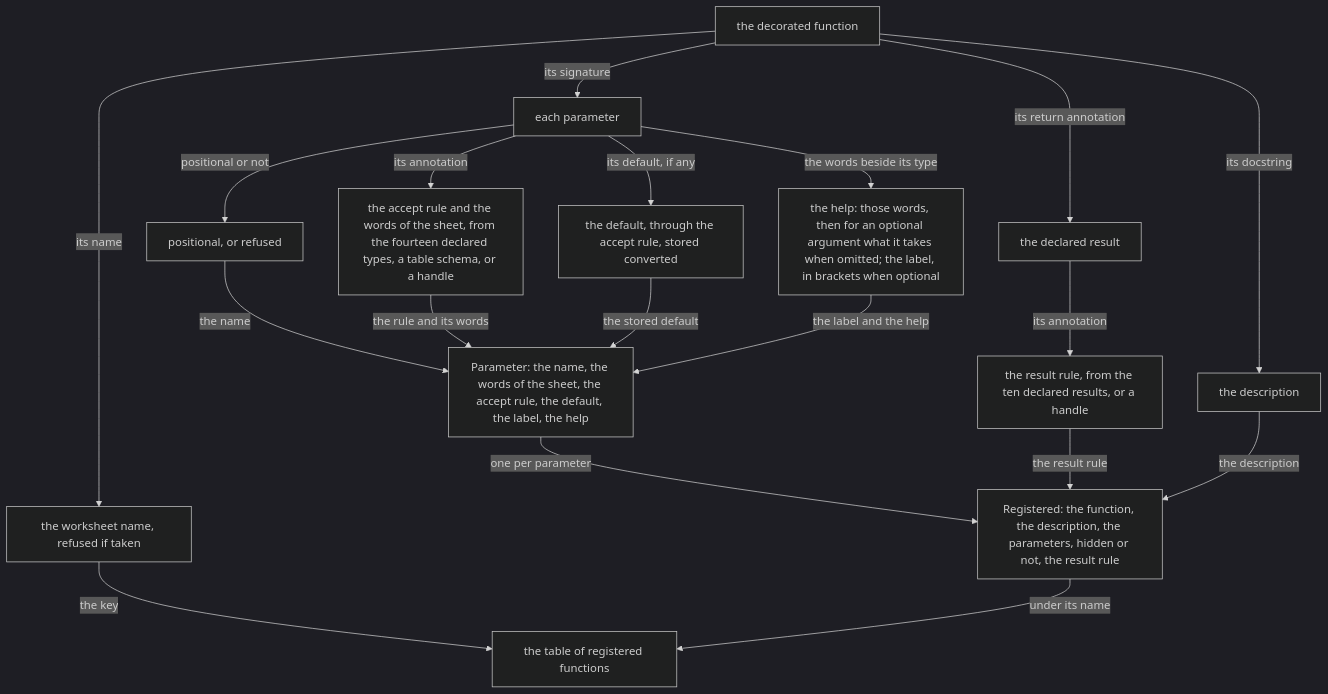
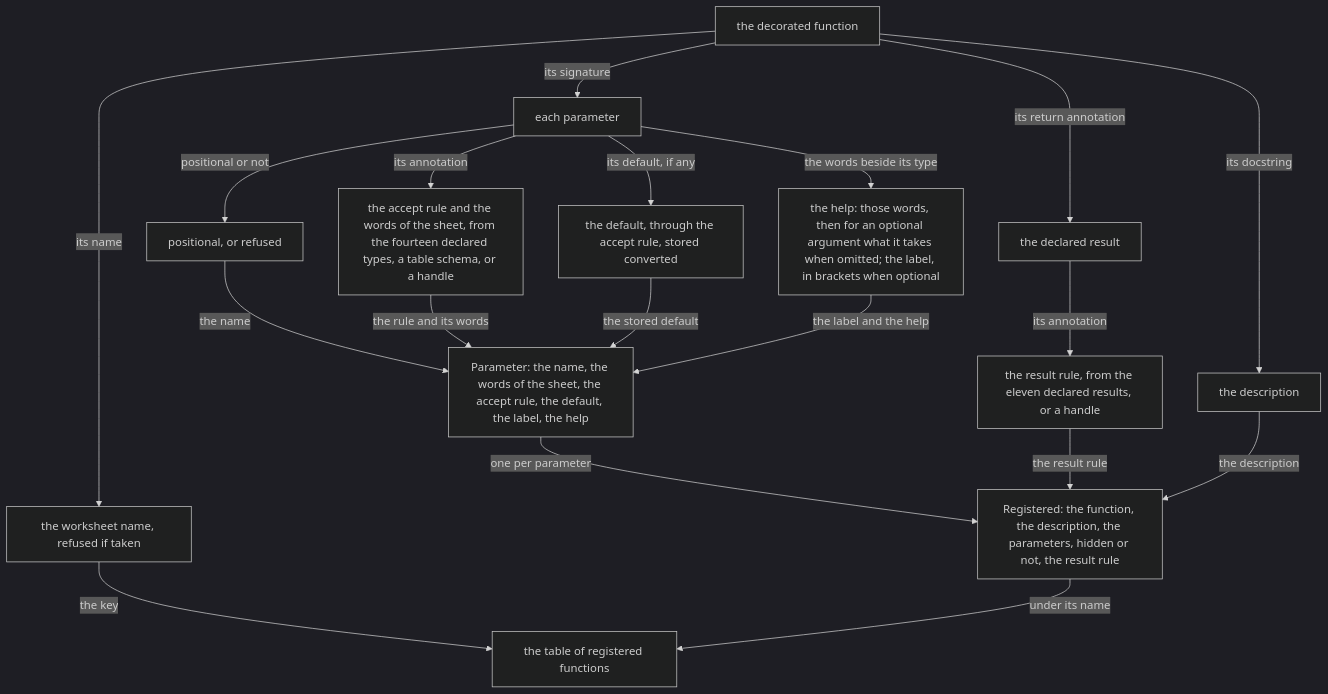
The first of 3 diagrams in docs/seam/bridge.md (gobbles404/catalyst), drawn with Mermaid (dark theme) before and after one commit. The commit also changed other lines of this file and 23 other files, not shown here.

````diff
--- a/docs/seam/bridge.md
+++ b/docs/seam/bridge.md
@@ -58,21 +58,21 @@
 ```mermaid
 flowchart TD
   Fn["the decorated function"] -->|"its name"| Name["the worksheet name, refused if taken"]
   Fn -->|"its signature"| Param["each parameter"]
   Fn -->|"its return annotation"| Result["the declared result"]
   Fn -->|"its docstring"| Desc["the description"]
   Param -->|"positional or not"| Positional["positional, or refused"]
   Param -->|"its annotation"| Accept["the accept rule and the words of the sheet, from the fourteen declared types, a table schema, or a handle"]
   Param -->|"its default, if any"| Default["the default, through the accept rule, stored converted"]
   Param -->|"the words beside its type"| Help["the help: those words, then for an optional argument what it takes when omitted; the label, in brackets when optional"]
-  Result -->|"its annotation"| Convert["the result rule, from the ten declared results, or a handle"]
+  Result -->|"its annotation"| Convert["the result rule, from the eleven declared results, or a handle"]
   Positional -->|"the name"| Parameter["Parameter: the name, the words of the sheet, the accept rule, the default, the label, the help"]
   Accept -->|"the rule and its words"| Parameter
   Default -->|"the stored default"| Parameter
   Help -->|"the label and the help"| Parameter
   Parameter -->|"one per parameter"| Registered["Registered: the function, the description, the parameters, hidden or not, the result rule"]
   Convert -->|"the result rule"| Registered
   Desc -->|"the description"| Registered
   Name -->|"the key"| Table["the table of registered functions"]
   Registered -->|"under its name"| Table
 ```
````
